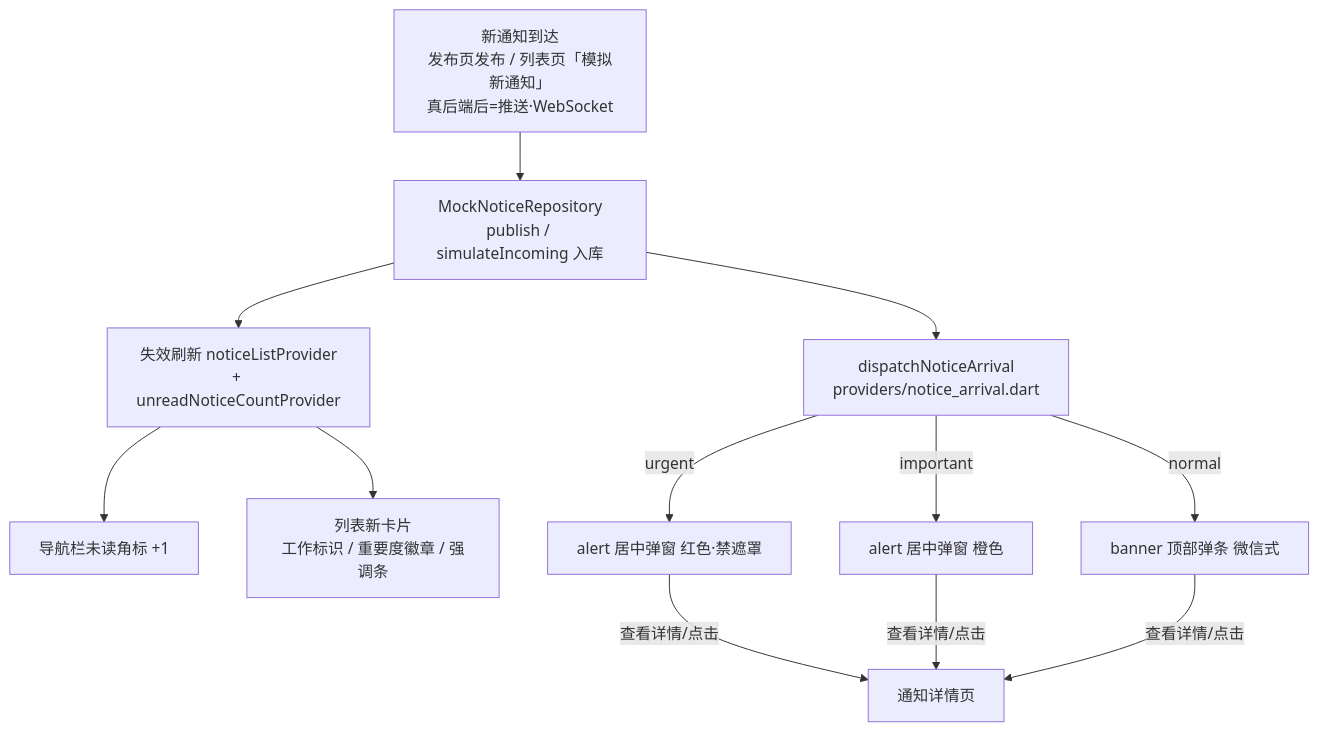
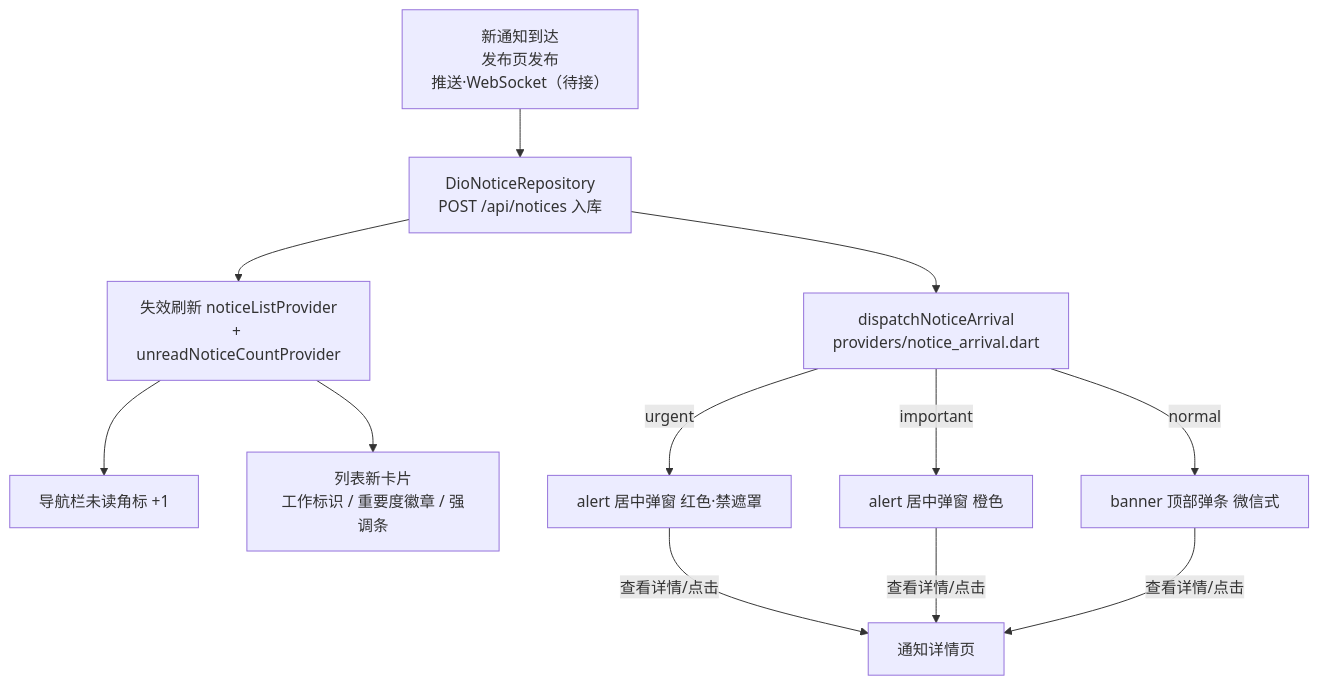
One commit to BruceChu0424/utenelec_imp changed the diagram in docs/02-组件库/UtenNotify.md. Above: the diagram before and after it, drawn with Mermaid. The commit also changed other lines of this file and 385 other files, not shown here.

````diff
--- a/docs/02-组件库/UtenNotify.md
+++ b/docs/02-组件库/UtenNotify.md
@@ -161,12 +190,12 @@
 ```mermaid
 flowchart TD
-    T[新通知到达<br/>发布页发布 / 列表页「模拟新通知」<br/>真后端后=推送·WebSocket] --> REPO[MockNoticeRepository<br/>publish / simulateIncoming 入库]
+    T[新通知到达<br/>发布页发布<br/>推送·WebSocket（待接）] --> REPO[DioNoticeRepository<br/>POST /api/notices 入库]
     REPO --> INV[失效刷新 noticeListProvider<br/>+ unreadNoticeCountProvider]
     INV --> BADGE[导航栏未读角标 +1]
     INV --> LIST[列表新卡片<br/>工作标识 / 重要度徽章 / 强调条]
     REPO --> DISP[dispatchNoticeArrival<br/>providers/notice_arrival.dart]
     DISP -->|urgent| A1[alert 居中弹窗 红色·禁遮罩]
     DISP -->|important| A2[alert 居中弹窗 橙色]
     DISP -->|normal| B1[banner 顶部弹条 微信式]
     A1 & A2 & B1 -->|查看详情/点击| DETAIL[通知详情页]
 ```
````
